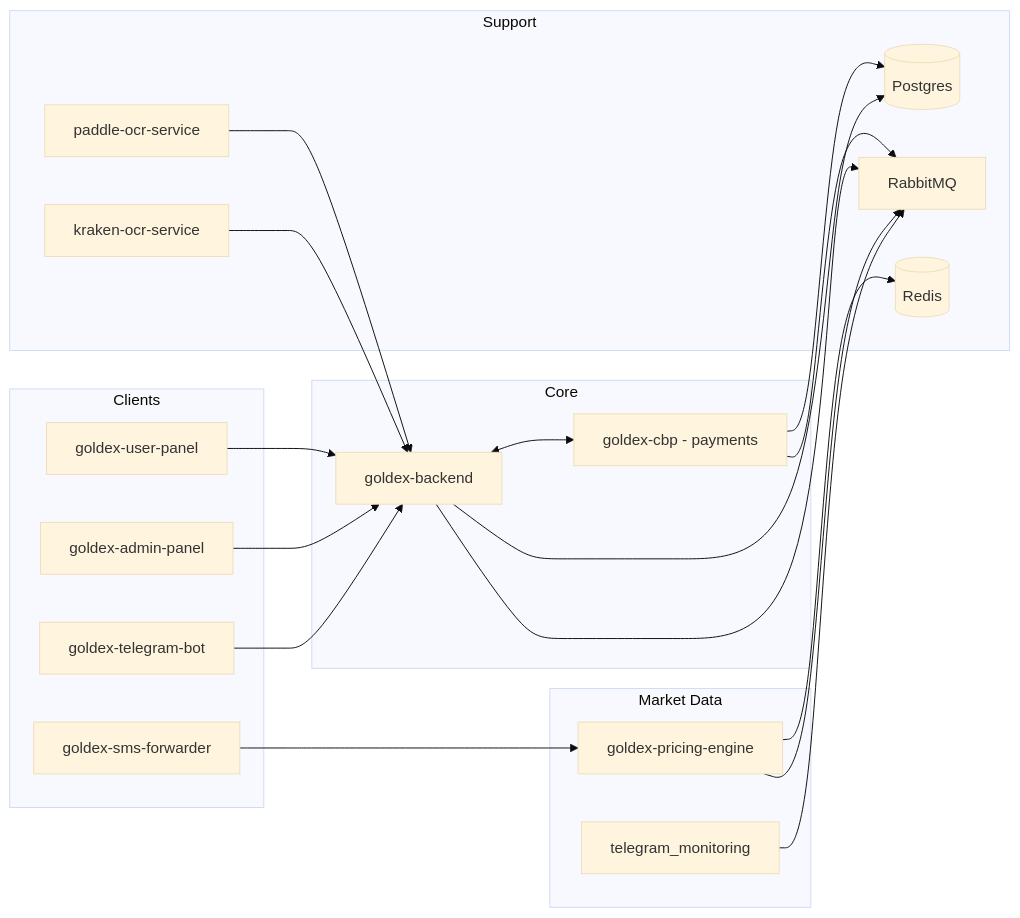
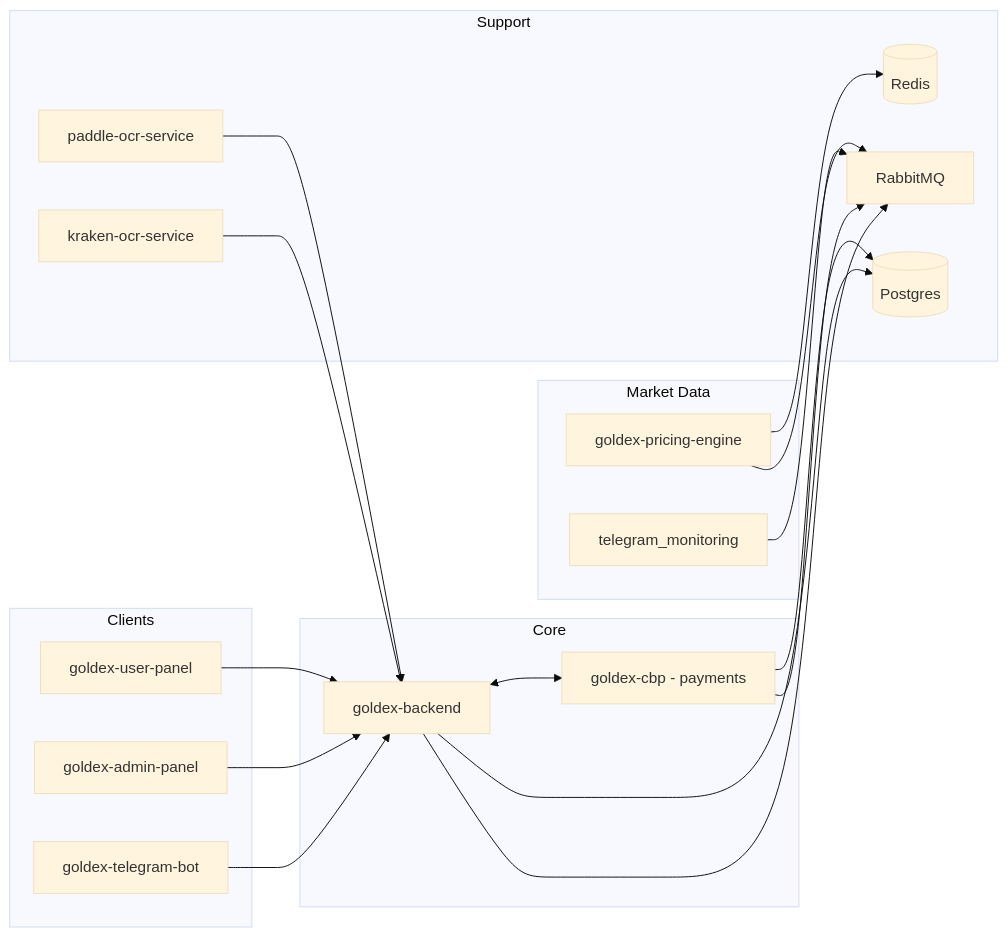
One commit to CaptainFeri/goldex changed the diagram in README.md. Above: the diagram before and after it, drawn with Mermaid (base theme). The commit also changed other lines of this file and 37 other files, not shown here.

````diff
--- a/README.md
+++ b/README.md
@@ -17,43 +17,41 @@
 ```mermaid
 flowchart LR
     subgraph Clients
         UP[goldex-user-panel] 
         AP[goldex-admin-panel]
         TB[goldex-telegram-bot]
-        SF[goldex-sms-forwarder]
     end
 
     subgraph Core
         BE[goldex-backend]
         CBP[goldex-cbp - payments]
     end
 
     subgraph Market Data
         PE[goldex-pricing-engine]
         TM[telegram_monitoring]
     end
 
     subgraph Support
         OCR1[paddle-ocr-service]
         OCR2[kraken-ocr-service]
         RD[(Redis)]
         PG[(Postgres)]
         RMQ[RabbitMQ]
     end
 
     UP --> BE
     AP --> BE
     TB --> BE
-    SF --> PE
 
     BE <--> CBP
     BE --> PG
     CBP --> PG
     PE --> RD
     TM --> RMQ
     PE --> RMQ
     CBP --> RMQ
     BE --> RMQ
     OCR1 --> BE
     OCR2 --> BE
 ```
````
